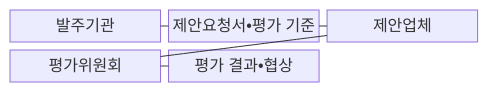
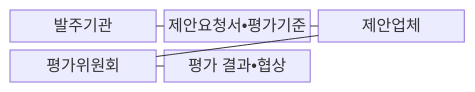
Before and after one commit to agnusdei1207/knowledge-base: the first of 2 diagrams in src/content/docs/notes/07-law-policy/019_sw_technology_evaluation.md, drawn with Mermaid. The commit also changed other lines of this file and 493 other files, not shown here.

````diff
--- a/src/content/docs/notes/07-law-policy/019_sw_technology_evaluation.md
+++ b/src/content/docs/notes/07-law-policy/019_sw_technology_evaluation.md
@@ -73,13 +73,13 @@
 ```mermaid
 block-beta
   columns 3
   A["발주기관"]
-  B["제안요청서•평가 기준"]
+  B["제안요청서•평가기준"]
   C["제안업체"]
   D["평가위원회"]
   E["평가 결과•협상"]
   A --- B
   B --- C
   C --- D
   D --- E
 ```
````
